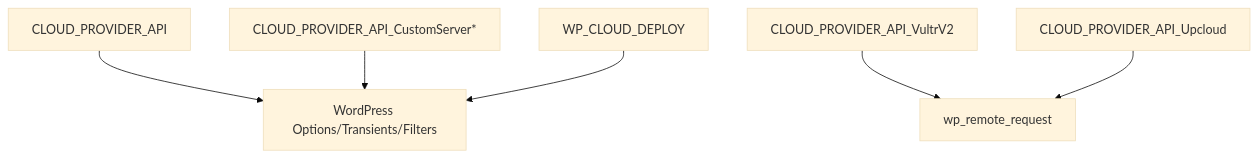
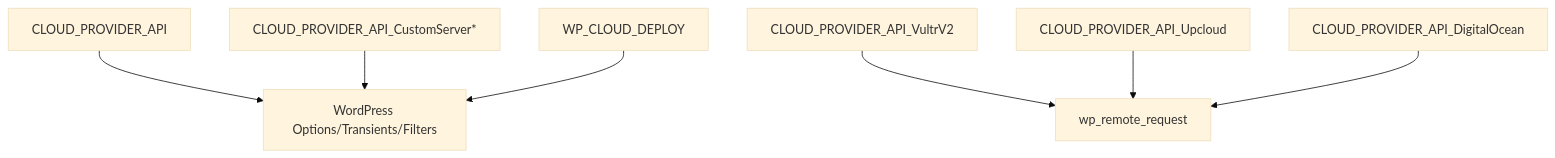
One commit to onedogsolutions/simple-stack changed the seventh of 7 diagrams in .qoder/repowiki/en/content/Cloud Provider Integration/Cloud Provider Integration.md. Above: the diagram before and after it, drawn with Mermaid (base theme). The commit also changed other lines of this file and 181 other files, not shown here.

First line of the commit message:
docs(core): update development guide, cloud provider integration, and settings management docs

````diff
--- a/.qoder/repowiki/en/content/Cloud Provider Integration/Cloud Provider Integration.md
+++ b/.qoder/repowiki/en/content/Cloud Provider Integration/Cloud Provider Integration.md
@@ -549,8 +617,9 @@
 ```mermaid
 graph TB
 Base["CLOUD_PROVIDER_API"] --> WP["WordPress Options/Transients/Filters"]
 Vultr["CLOUD_PROVIDER_API_VultrV2"] --> HTTP["wp_remote_request"]
 Upcloud["CLOUD_PROVIDER_API_Upcloud"] --> HTTP
+DO["CLOUD_PROVIDER_API_DigitalOcean"] --> HTTP
 Custom["CLOUD_PROVIDER_API_CustomServer*"] --> WP
 Registry["WP_CLOUD_DEPLOY"] --> WP
 ```
````
